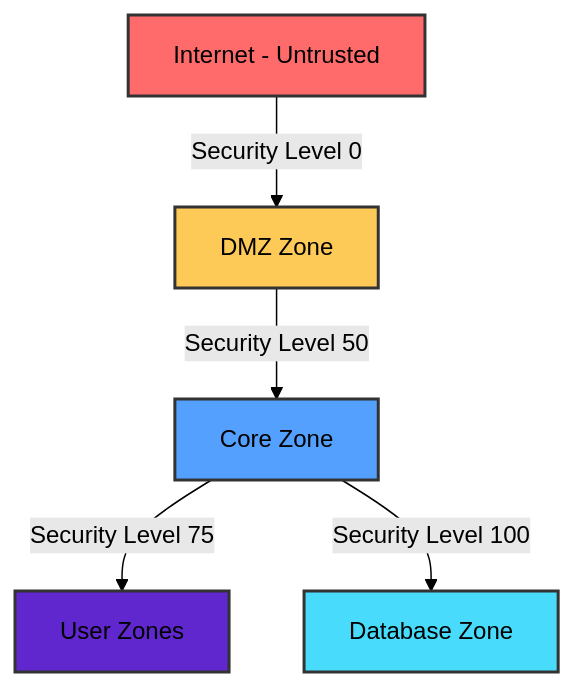
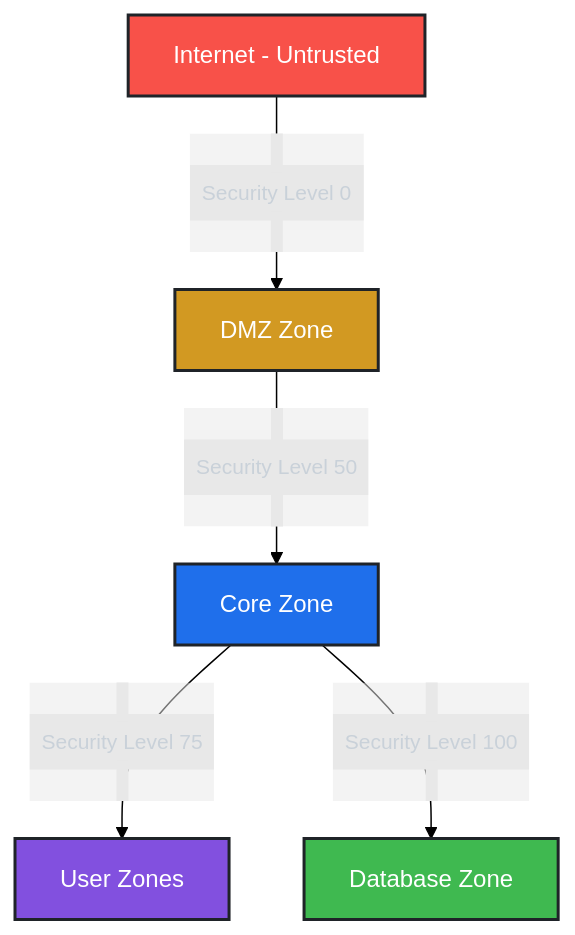
The diagram in network-security-config.md (JaelDS/Network-Design-Case-Study), drawn with Mermaid (forest theme) before and after one commit. The commit also changed other lines of this file, not shown here.

````diff
--- a/network-security-config.md
+++ b/network-security-config.md
@@ -178,13 +178,16 @@
 ```mermaid
 graph TD
     A[Internet - Untrusted] -->|Security Level 0| B[DMZ Zone]
     B -->|Security Level 50| C[Core Zone]
     C -->|Security Level 75| D[User Zones]
     C -->|Security Level 100| E[Database Zone]
     
-    style A fill:#ff6b6b,stroke:#333,stroke-width:2px
-    style B fill:#feca57,stroke:#333,stroke-width:2px
-    style C fill:#54a0ff,stroke:#333,stroke-width:2px
-    style D fill:#5f27cd,stroke:#333,stroke-width:2px
-    style E fill:#48dbfb,stroke:#333,stroke-width:2px
+    style A fill:#f85149,stroke:#1f2328,stroke-width:2px,color:#ffffff
+    style B fill:#d29922,stroke:#1f2328,stroke-width:2px,color:#ffffff
+    style C fill:#1f6feb,stroke:#1f2328,stroke-width:2px,color:#ffffff
+    style D fill:#8250df,stroke:#1f2328,stroke-width:2px,color:#ffffff
+    style E fill:#3fb950,stroke:#1f2328,stroke-width:2px,color:#ffffff
+    
+    classDef default font-size:16px
+    classDef edgeLabel fill:#30363d,stroke:#444c56,stroke-width:1px,color:#c9d1d9,padding:8px,font-size:14px
 ```
````
